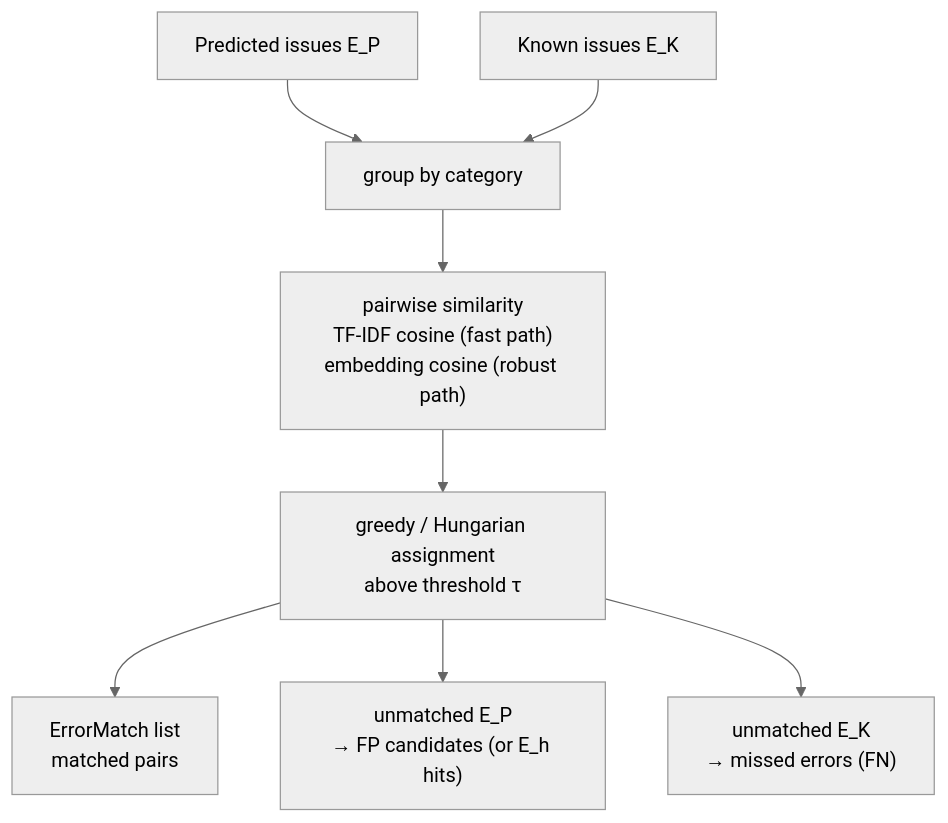
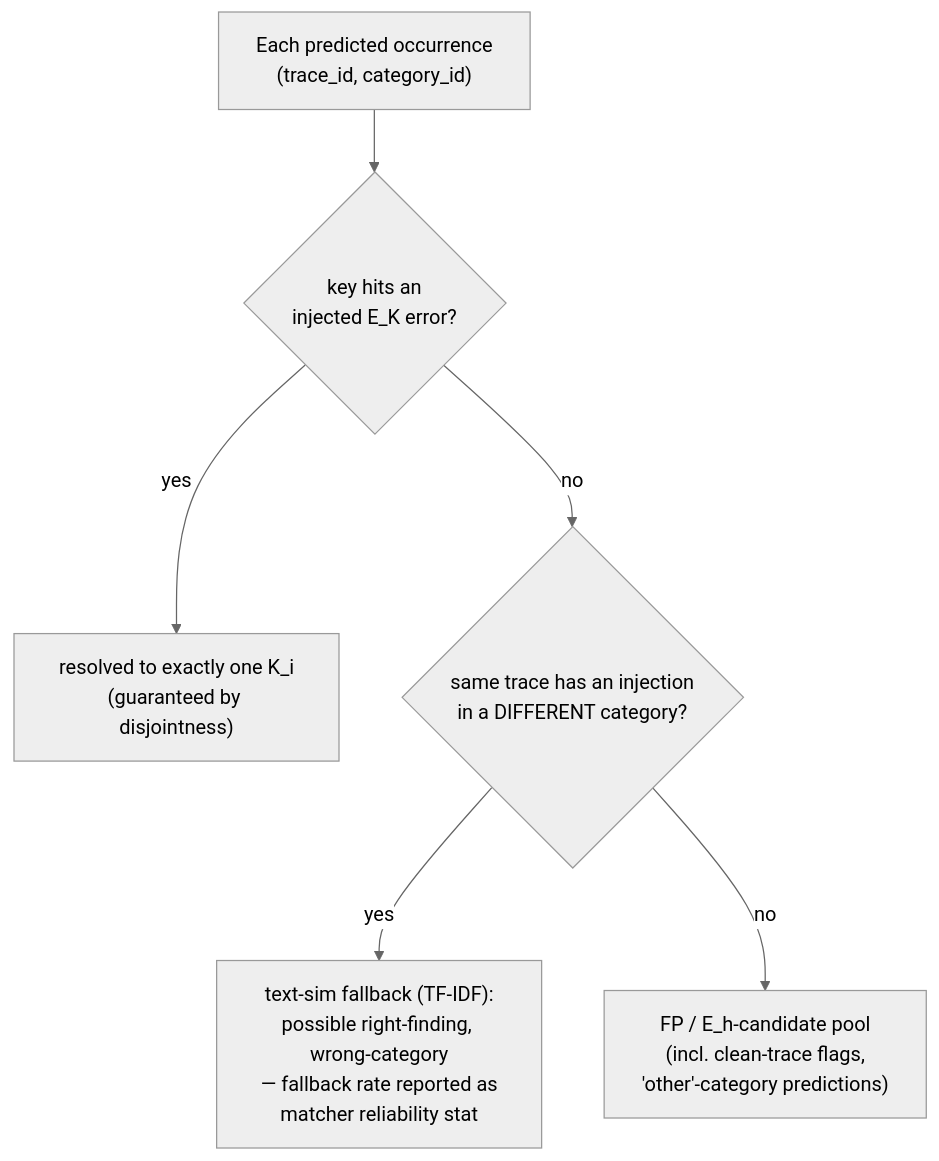
Before and after one commit to Vidhate/engine-benchmarking-system: the third of 4 diagrams in docs/architecture/06-scoring.md, drawn with Mermaid (neutral theme). The commit also changed other lines of this file and 2 other files, not shown here.

````diff
--- a/docs/architecture/06-scoring.md
+++ b/docs/architecture/06-scoring.md
@@ -66,10 +70,8 @@
 ```mermaid
 flowchart TB
-    EP["Predicted issues E_P"] --> GRP["group by category"]
-    EK["Known issues E_K"] --> GRP
-    GRP --> SIM["pairwise similarity<br/>TF-IDF cosine (fast path)<br/>embedding cosine (robust path)"]
-    SIM --> ASSIGN["greedy / Hungarian assignment<br/>above threshold τ"]
-    ASSIGN --> MAPPED["ErrorMatch list<br/>matched pairs"]
-    ASSIGN --> UNM_P["unmatched E_P<br/>→ FP candidates (or E_h hits)"]
-    ASSIGN --> UNM_K["unmatched E_K<br/>→ missed errors (FN)"]
+    PO["Each predicted occurrence<br/>(trace_id, category_id)"] --> KEY{"key hits an<br/>injected E_K error?"}
+    KEY -- yes --> RES["resolved to exactly one K_i<br/>(guaranteed by disjointness)"]
+    KEY -- no --> FB{"same trace has an injection<br/>in a DIFFERENT category?"}
+    FB -- yes --> TXT["text-sim fallback (TF-IDF):<br/>possible right-finding, wrong-category<br/>— fallback rate reported as<br/>matcher reliability stat"]
+    FB -- no --> POOL["FP / E_h-candidate pool<br/>(incl. clean-trace flags,<br/>'other'-category predictions)"]
 ```
````
